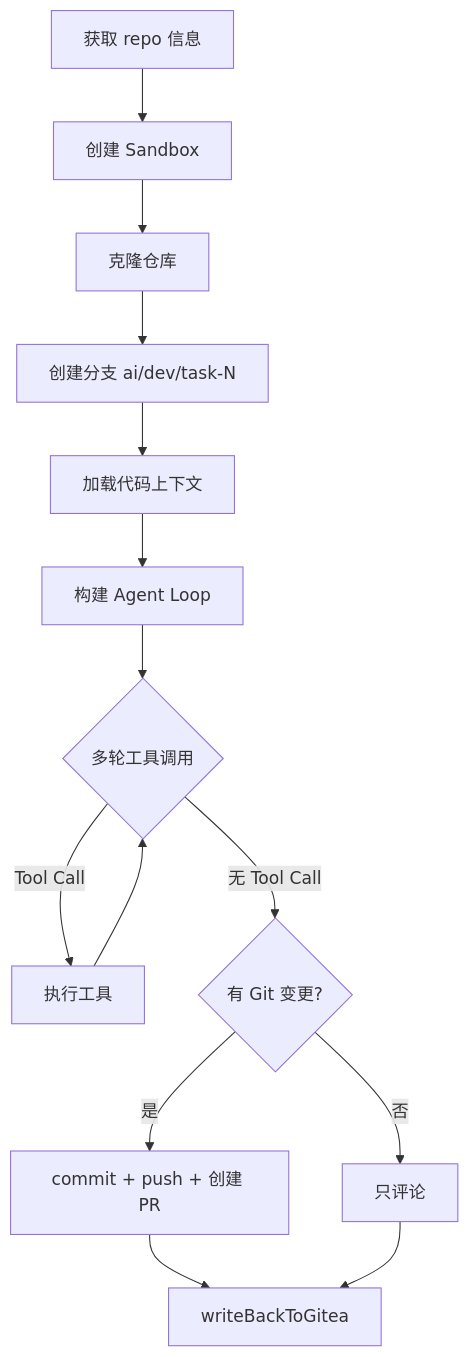
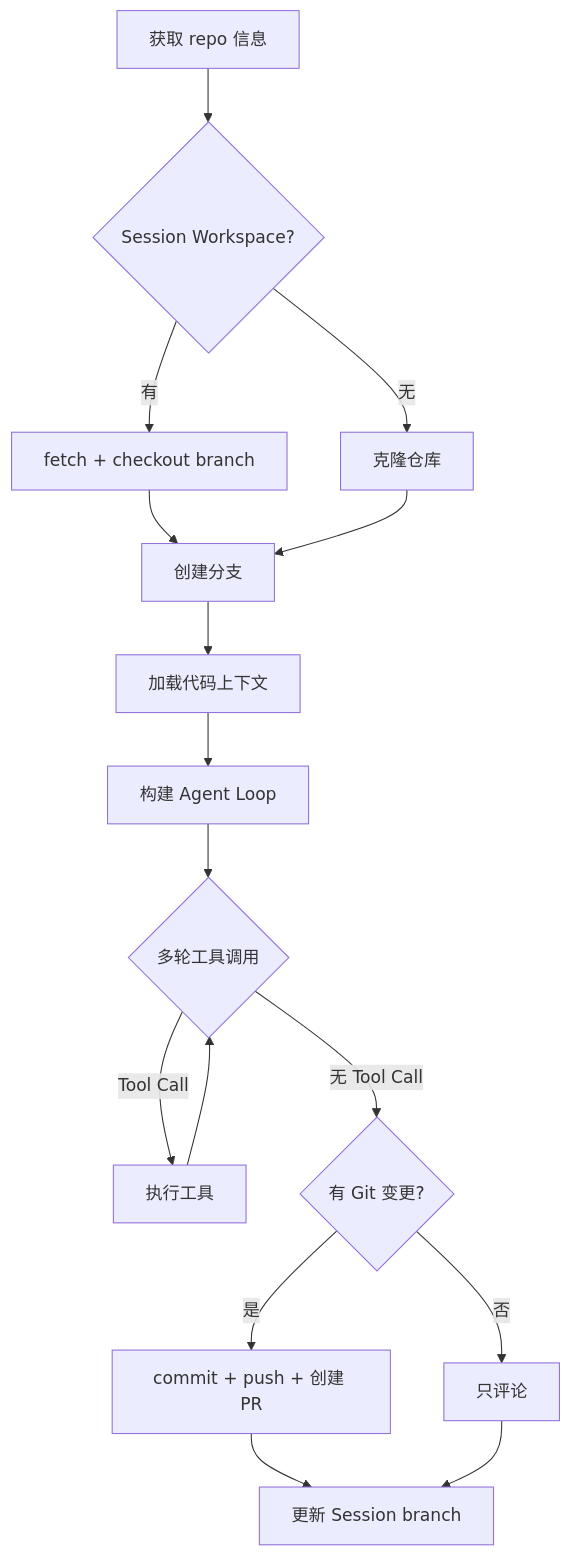
One commit to jeeinn/ai-dev changed the fourth of 6 diagrams in docs/ARCHITECTURE.md. Above: the diagram before and after it, drawn with Mermaid. The commit also changed other lines of this file and 2 other files, not shown here.

````diff
--- a/docs/ARCHITECTURE.md
+++ b/docs/ARCHITECTURE.md
@@ -201,16 +215,18 @@
 ```mermaid
 flowchart TD
-    A[获取 repo 信息] --> B[创建 Sandbox]
-    B --> C[克隆仓库]
-    C --> D[创建分支 ai/dev/task-N]
-    D --> E[加载代码上下文]
-    E --> F[构建 Agent Loop]
-    F --> G{多轮工具调用}
-    G -->|Tool Call| H[执行工具]
-    H --> G
-    G -->|无 Tool Call| I{有 Git 变更?}
-    I -->|是| J[commit + push + 创建 PR]
-    I -->|否| K[只评论]
-    J --> L[writeBackToGitea]
-    K --> L
+    A[获取 repo 信息] --> B{Session Workspace?}
+    B -->|有| C[fetch + checkout branch]
+    B -->|无| D[克隆仓库]
+    C --> E[创建分支]
+    D --> E
+    E --> F[加载代码上下文]
+    F --> G[构建 Agent Loop]
+    G --> H{多轮工具调用}
+    H -->|Tool Call| I[执行工具]
+    I --> H
+    H -->|无 Tool Call| J{有 Git 变更?}
+    J -->|是| K[commit + push + 创建 PR]
+    J -->|否| L[只评论]
+    K --> M[更新 Session branch]
+    L --> M
 ```
````
